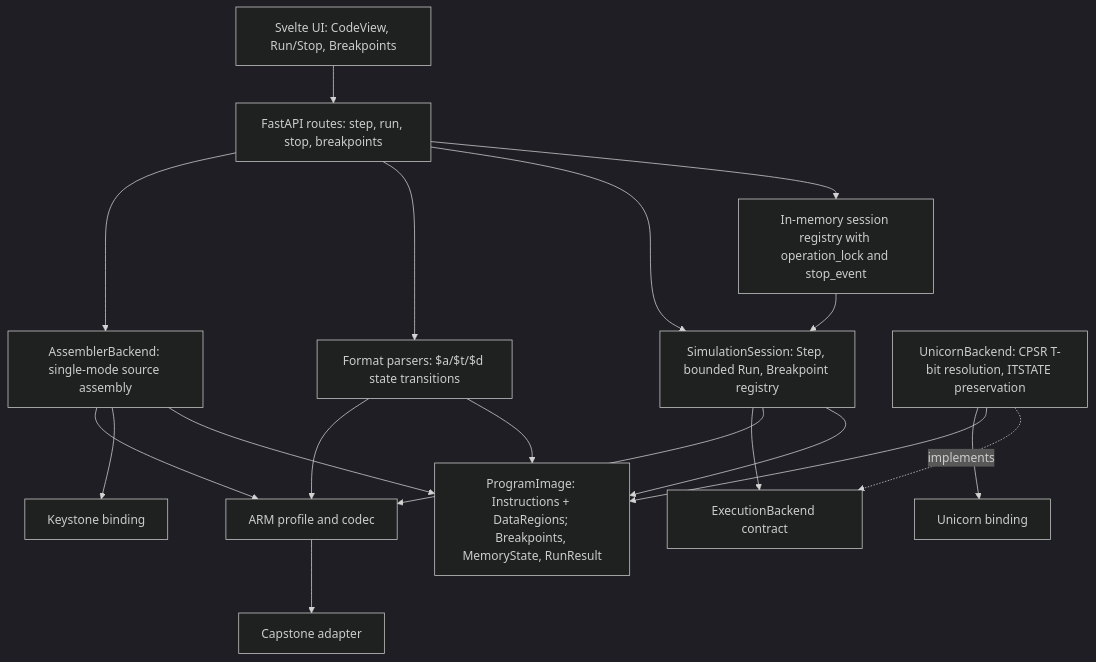
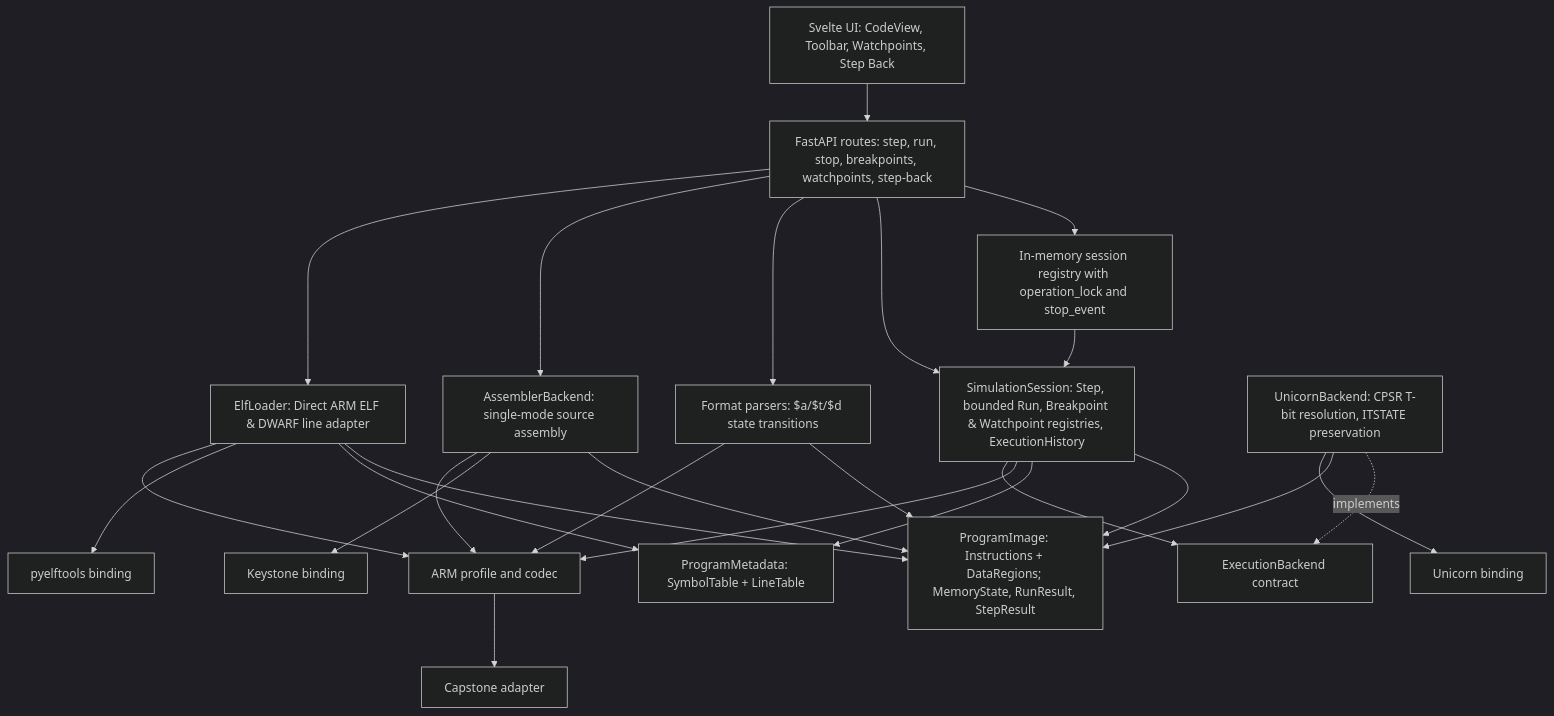
The diagram in docs/ARCHITECTURE.md (RndelQndel/AsmStride), drawn with Mermaid (dark theme) before and after one commit. The commit also changed other lines of this file and 5 other files, not shown here.

Commit message:
docs(milestones): add Product P2 and P3 specifications, SRS, and architecture updates

````diff
--- a/docs/ARCHITECTURE.md
+++ b/docs/ARCHITECTURE.md
@@ -69,21 +102,27 @@
 ```mermaid
 flowchart TD
-    UI[Svelte UI: CodeView, Run/Stop, Breakpoints] --> API[FastAPI routes: step, run, stop, breakpoints]
+    UI[Svelte UI: CodeView, Toolbar, Watchpoints, Step Back] --> API[FastAPI routes: step, run, stop, breakpoints, watchpoints, step-back]
     API --> Sessions[In-memory session registry with operation_lock and stop_event]
-    API --> Core[SimulationSession: Step, bounded Run, Breakpoint registry]
+    API --> Core[SimulationSession: Step, bounded Run, Breakpoint & Watchpoint registries, ExecutionHistory]
     Sessions --> Core
-    Core --> Domain[ProgramImage: Instructions + DataRegions; Breakpoints, MemoryState, RunResult]
+    Core --> Domain[ProgramImage: Instructions + DataRegions; MemoryState, RunResult, StepResult]
+    Core --> Metadata[ProgramMetadata: SymbolTable + LineTable]
     API --> Parsing[Format parsers: $a/$t/$d state transitions]
     API --> Assembly[AssemblerBackend: single-mode source assembly]
+    API --> ElfLoader[ElfLoader: Direct ARM ELF & DWARF line adapter]
     Assembly --> Domain
     Assembly --> Keystone[Keystone binding]
     Assembly --> Profile[ARM profile and codec]
     Parsing --> Domain
     Parsing --> Profile
+    ElfLoader --> Domain
+    ElfLoader --> Metadata
+    ElfLoader --> PyElfTools[pyelftools binding]
+    ElfLoader --> Profile
     Core --> Profile
     Profile --> Capstone[Capstone adapter]
     Core --> Port[ExecutionBackend contract]
     UnicornAdapter[UnicornBackend: CPSR T-bit resolution, ITSTATE preservation] -. implements .-> Port
     UnicornAdapter --> Domain
     UnicornAdapter --> Unicorn[Unicorn binding]
 ```
````
